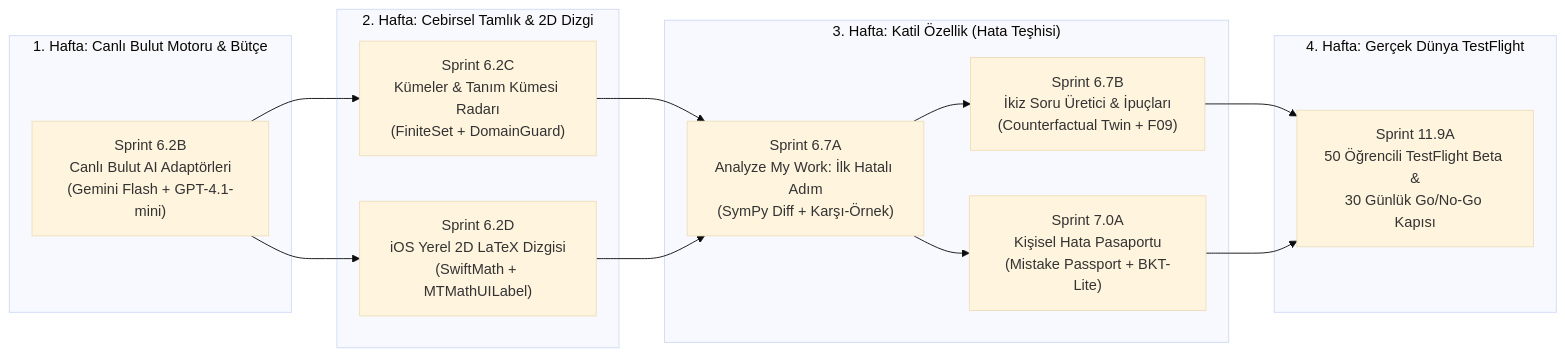
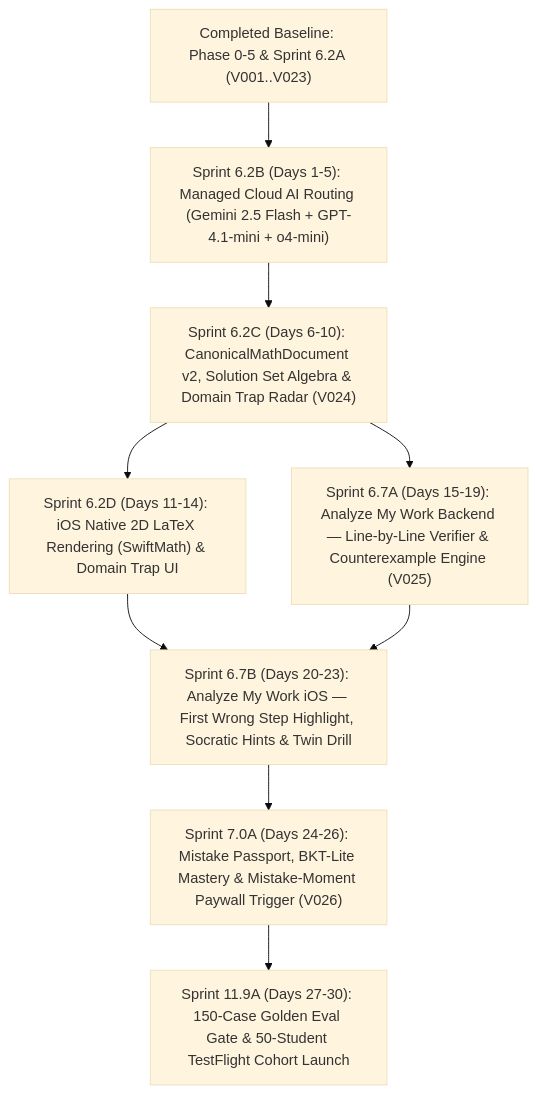
The diagram in docs/verified_ai_learning_platform_docs_v4/sprints/02_FOCUSED_COMMERCIAL_WEDGE_SPRINT_PROGRAM.md (coskunburak/verified_ai), drawn with Mermaid (base theme) before and after one commit. The commit also changed other lines of this file and 10 other files, not shown here.

Commit message:
docs(v6.1): deepen sprint execution contracts, phase v6 blueprints, and Argon audit fixes

````diff
--- a/docs/verified_ai_learning_platform_docs_v4/sprints/02_FOCUSED_COMMERCIAL_WEDGE_SPRINT_PROGRAM.md
+++ b/docs/verified_ai_learning_platform_docs_v4/sprints/02_FOCUSED_COMMERCIAL_WEDGE_SPRINT_PROGRAM.md
@@ -36,27 +39,11 @@
 ```mermaid
-flowchart LR
-    subgraph Hafta1 ["1. Hafta: Canlı Bulut Motoru & Bütçe"]
-        S62B["Sprint 6.2B<br/>Canlı Bulut AI Adaptörleri<br/>(Gemini Flash + GPT-4.1-mini)"]
-    end
-    subgraph Hafta2 ["2. Hafta: Cebirsel Tamlık & 2D Dizgi"]
-        S62C["Sprint 6.2C<br/>Kümeler & Tanım Kümesi Radarı<br/>(FiniteSet + DomainGuard)"]
-        S62D["Sprint 6.2D<br/>iOS Yerel 2D LaTeX Dizgisi<br/>(SwiftMath + MTMathUILabel)"]
-    end
-    subgraph Hafta3 ["3. Hafta: Katil Özellik (Hata Teşhisi)"]
-        S67A["Sprint 6.7A<br/>Analyze My Work: İlk Hatalı Adım<br/>(SymPy Diff + Karşı-Örnek)"]
-        S67B["Sprint 6.7B<br/>İkiz Soru Üretici & İpuçları<br/>(Counterfactual Twin + F09)"]
-        S70A["Sprint 7.0A<br/>Kişisel Hata Pasaportu<br/>(Mistake Passport + BKT-Lite)"]
-    end
-    subgraph Hafta4 ["4. Hafta: Gerçek Dünya TestFlight"]
-        S119A["Sprint 11.9A<br/>50 Öğrencili TestFlight Beta &<br/>30 Günlük Go/No-Go Kapısı"]
-    end
-
-    S62B --> S62C
-    S62B --> S62D
-    S62C --> S67A
-    S62D --> S67A
+flowchart TD
+    S62A["Completed Baseline: Phase 0-5 & Sprint 6.2A (V001..V023)"] --> S62B["Sprint 6.2B (Days 1-5): Managed Cloud AI Routing (Gemini 2.5 Flash + GPT-4.1-mini + o4-mini)"]
+    S62B --> S62C["Sprint 6.2C (Days 6-10): CanonicalMathDocument v2, Solution Set Algebra & Domain Trap Radar (V024)"]
+    S62C --> S62D["Sprint 6.2D (Days 11-14): iOS Native 2D LaTeX Rendering (SwiftMath) & Domain Trap UI"]
+    S62C --> S67A["Sprint 6.7A (Days 15-19): Analyze My Work Backend — Line-by-Line Verifier & Counterexample Engine (V025)"]
+    S62D --> S67B["Sprint 6.7B (Days 20-23): Analyze My Work iOS — First Wrong Step Highlight, Socratic Hints & Twin Drill"]
     S67A --> S67B
-    S67A --> S70A
-    S67B --> S119A
-    S70A --> S119A
+    S67B --> S70A["Sprint 7.0A (Days 24-26): Mistake Passport, BKT-Lite Mastery & Mistake-Moment Paywall Trigger (V026)"]
+    S70A --> S119A["Sprint 11.9A (Days 27-30): 150-Case Golden Eval Gate & 50-Student TestFlight Cohort Launch"]
 ```
````
